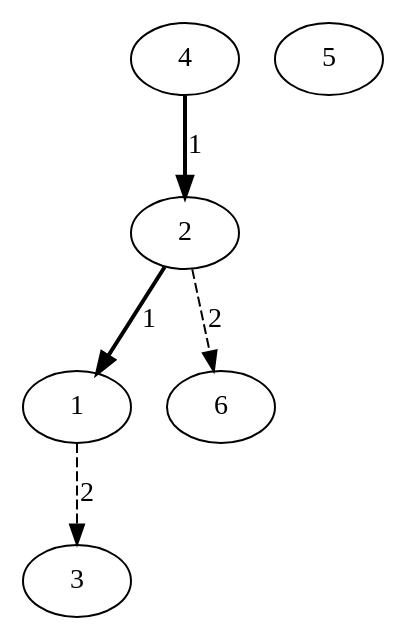
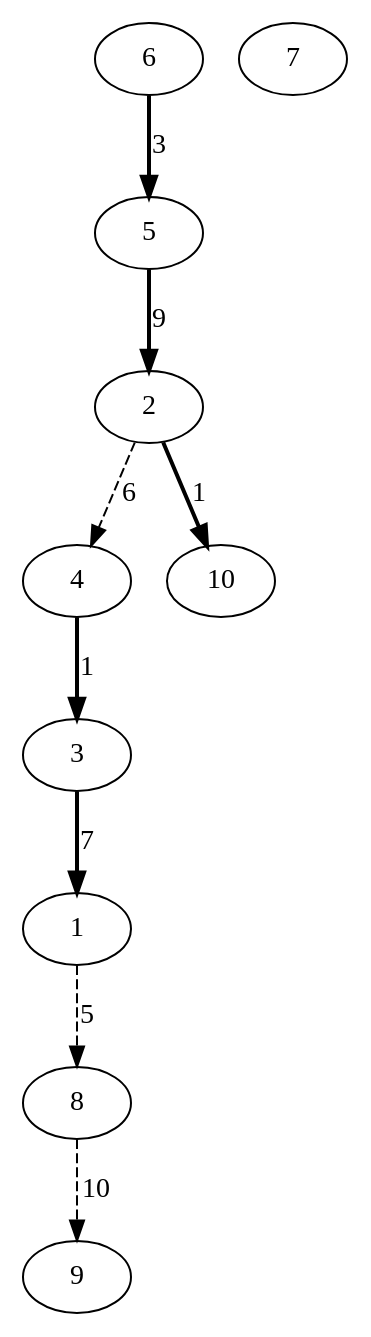
One commit to Musab1Blaser/DynamicTrees_NF changed the diagram in ST-Tree/src/combined_graph.dot. Above: the diagram before and after it, drawn with Graphviz. The commit also changed 15 other files, not shown here.

```diff
--- a/ST-Tree/src/combined_graph.dot
+++ b/ST-Tree/src/combined_graph.dot
@@ -1,12 +1,20 @@
 digraph G {
-4 -> 2 [style=bold, label=1];
-2 -> 1 [style=bold, label=1];
-1 -> 3 [style=dashed, label=2];
-2 -> 6 [style=dashed, label=2];
+4 -> 3 [style=bold, label=1];
+3 -> 1 [style=bold, label=7];
+6 -> 5 [style=bold, label=3];
+5 -> 2 [style=bold, label=9];
+2 -> 10 [style=bold, label=1];
+2 -> 4 [style=dashed, label=6];
+1 -> 8 [style=dashed, label=5];
+8 -> 9 [style=dashed, label=10];
 1; 
 2; 
 3; 
 4; 
 5; 
 6; 
+7; 
+8; 
+9; 
+10; 
 }
```
